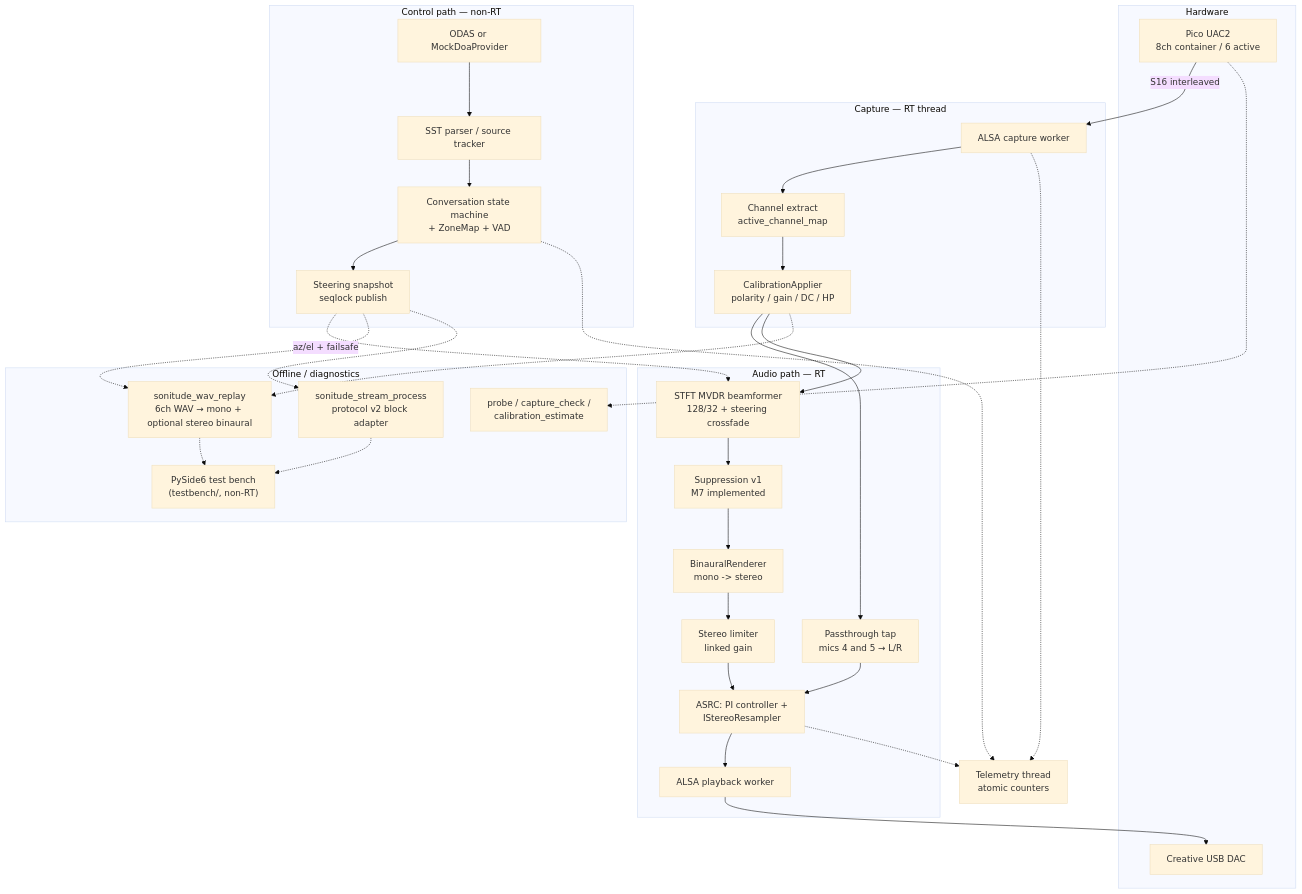
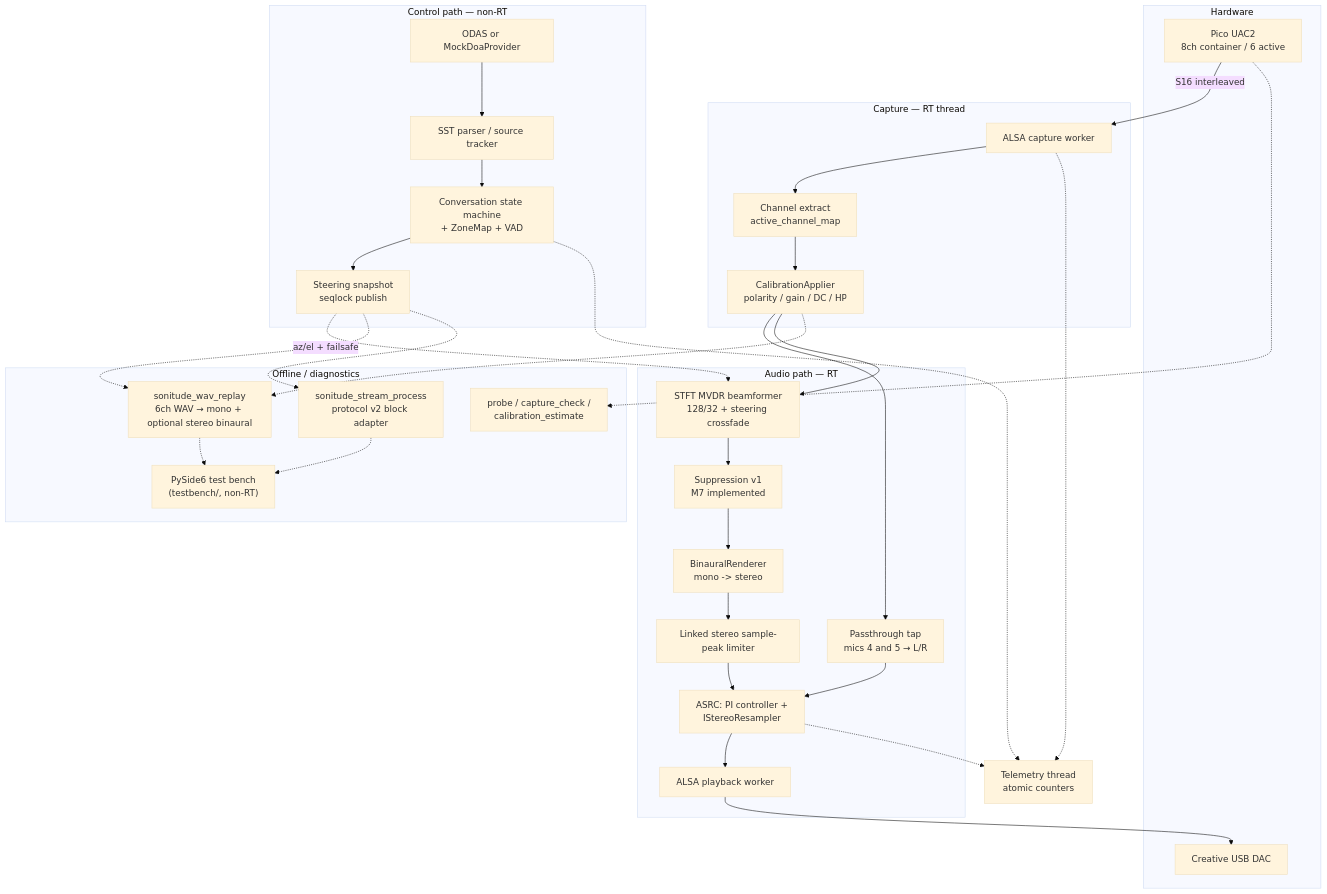
Before and after one commit to derraan/Sonitude: the diagram in README.md, drawn with Mermaid (base theme). The commit also changed other lines of this file and 10 other files, not shown here.

````diff
--- a/README.md
+++ b/README.md
@@ -9,61 +9,61 @@
 ```mermaid
 flowchart TB
     subgraph hw [Hardware]
         Pico["Pico UAC2\n8ch container / 6 active"]
         DAC["Creative USB DAC"]
     end
 
     subgraph capture [Capture — RT thread]
         AlsaCap["ALSA capture worker"]
         Extract["Channel extract\nactive_channel_map"]
         Cal["CalibrationApplier\npolarity / gain / DC / HP"]
     end
 
     subgraph audio [Audio path — RT]
         Passthrough["Passthrough tap\nmics 4 and 5 → L/R"]
         BF["STFT MVDR beamformer\n128/32 + steering crossfade"]
         Suppress["Suppression v1\nM7 implemented"]
         Binaural["BinauralRenderer\nmono -> stereo"]
-        Limiter["Stereo limiter\nlinked gain"]
+        Limiter["Linked stereo sample-peak limiter"]
         Asrc["ASRC: PI controller +\nIStereoResampler"]
         AlsaPb["ALSA playback worker"]
     end
 
     subgraph control [Control path — non-RT]
         Odas["ODAS or MockDoaProvider"]
         Parser["SST parser / source tracker"]
         SM["Conversation state machine\n+ ZoneMap + VAD"]
         Snap["Steering snapshot\nseqlock publish"]
     end
 
     subgraph offline [Offline / diagnostics]
         WavReplay["sonitude_wav_replay\n6ch WAV → mono + optional stereo binaural"]
         StreamProc["sonitude_stream_process\nprotocol v2 block adapter"]
         Tools["probe / capture_check /\ncalibration_estimate"]
         TestBench["PySide6 test bench\n(testbench/, non-RT)"]
     end
 
     Telem["Telemetry thread\natomic counters"]
 
     Pico -->|"S16 interleaved"| AlsaCap
     AlsaCap --> Extract --> Cal
     Cal --> Passthrough
     Cal --> BF
     Snap -.->|"az/el + failsafe"| BF
     BF --> Suppress --> Binaural --> Limiter --> Asrc --> AlsaPb --> DAC
     Passthrough --> Asrc
 
     Odas --> Parser --> SM --> Snap
 
     Cal -.-> WavReplay
     Snap -.-> WavReplay
     Snap -.-> StreamProc
     WavReplay -.-> TestBench
     StreamProc -.-> TestBench
 
     AlsaCap -.-> Telem
     Asrc -.-> Telem
     SM -.-> Telem
 
     Pico -.-> Tools
 ```
````
